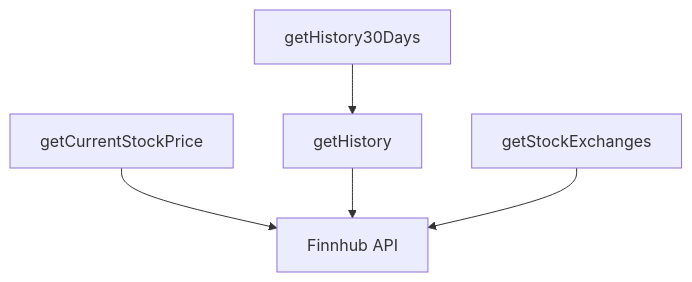
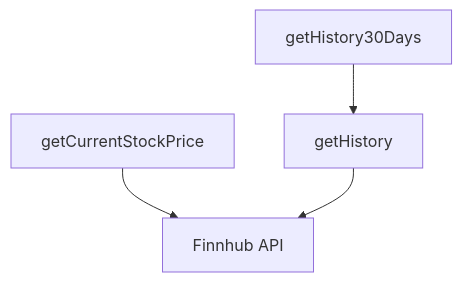
The second of 3 diagrams in src/service/domain/assets/market-data/stockAPIService/README.md (ChristianScheub/Typescript_PassivIncomeCalculator), drawn with Mermaid before and after one commit. The commit also changed other lines of this file and 28 other files, not shown here.

````diff
--- a/src/service/domain/assets/market-data/stockAPIService/README.md
+++ b/src/service/domain/assets/market-data/stockAPIService/README.md
@@ -64,7 +59,6 @@
 ```mermaid
 flowchart TD
     A[getCurrentStockPrice] --> B[Finnhub API]
     C[getHistory] --> B
-    D[getStockExchanges] --> B
     E[getHistory30Days] --> C
 ```
````
